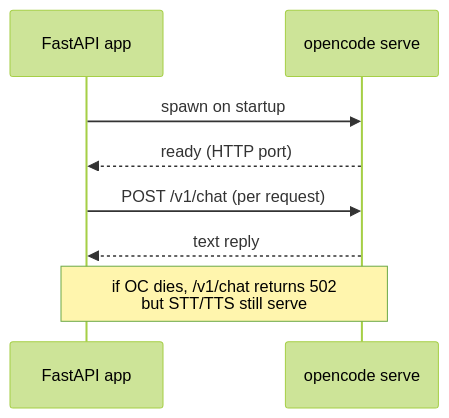
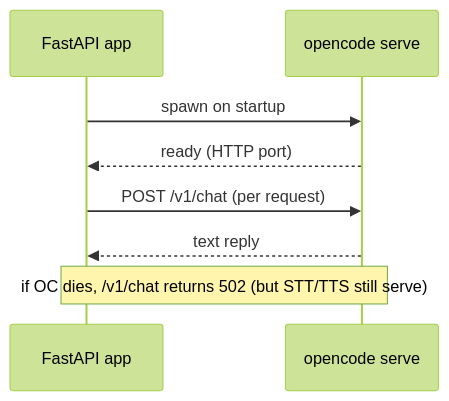
The second of 2 diagrams in content/projects/assistent-app/index.md (DavidVossebuerger/davidv.github.io), drawn with Mermaid (forest theme) before and after one commit. The commit also changed other lines of this file, not shown here.

Commit message:
Strip <br/> tags from Mermaid shortcode content (broke Hugo parser)

```diff
--- a/content/projects/assistent-app/index.md
+++ b/content/projects/assistent-app/index.md
@@ -62,10 +62,10 @@
 {{< mermaid >}}
 sequenceDiagram
     participant App as FastAPI app
     participant OC as opencode serve
     App->>OC: spawn on startup
     OC-->>App: ready (HTTP port)
     App->>OC: POST /v1/chat (per request)
     OC-->>App: text reply
-    Note over App,OC: if OC dies, /v1/chat returns 502<br/>but STT/TTS still serve
+    Note over App,OC: if OC dies, /v1/chat returns 502 (but STT/TTS still serve)
 {{< /mermaid >}}
```
